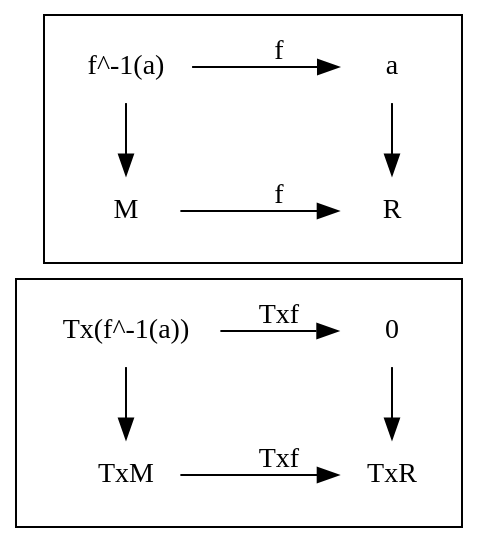
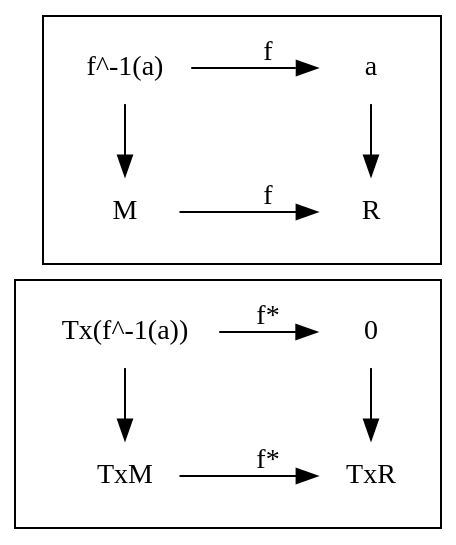
Before and after one commit to cympfh/cympfh.github.io: the diagram in aiura/tsuboi-8.md, drawn with Graphviz. The commit also changed other lines of this file and 2 other files, not shown here.

````diff
--- a/aiura/tsuboi-8.md
+++ b/aiura/tsuboi-8.md
@@ -711,26 +712,26 @@
 ```dot
 digraph {
     rankdir=LR;
     bgcolor=transparent;
     node [shape=plaintext];
 
     subgraph cluster_1 {
-        TxM -> TxR [label=Txf];
+        TxM -> TxR [label="f*"];
         TxM -> "Tx(f^-1(a))" [dir=back];
         TxR -> 0 [dir=back];
-        "Tx(f^-1(a))" -> 0 [label=Txf];
+        "Tx(f^-1(a))" -> 0 [label="f*"];
         {rank=same TxM "Tx(f^-1(a))"}
         {rank=same TxR 0}
     }
 
     subgraph cluster_0 {
         M -> R [label=f];
         M -> "f^-1(a)" [dir=back];
         R -> a [dir=back];
         "f^-1(a)" -> a [label=f];
         {rank=same M "f^-1(a)"}
         {rank=same R a}
     }
 
 }
 ```
````
